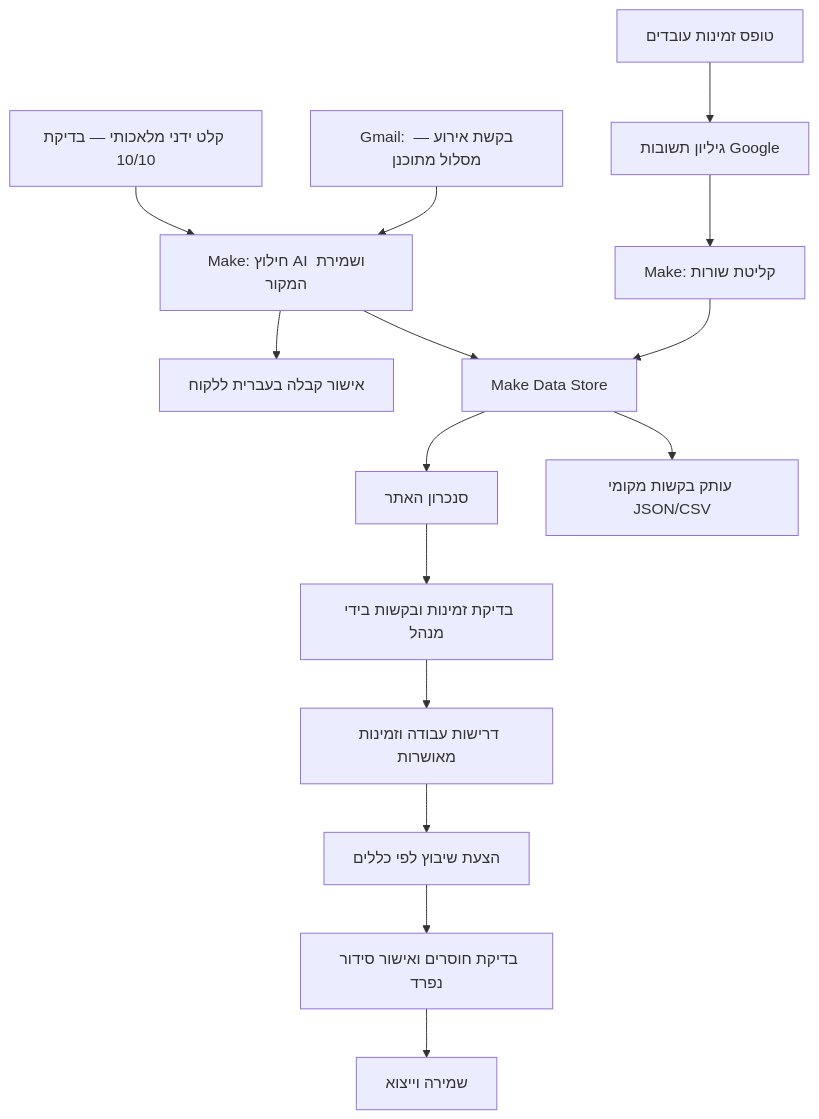
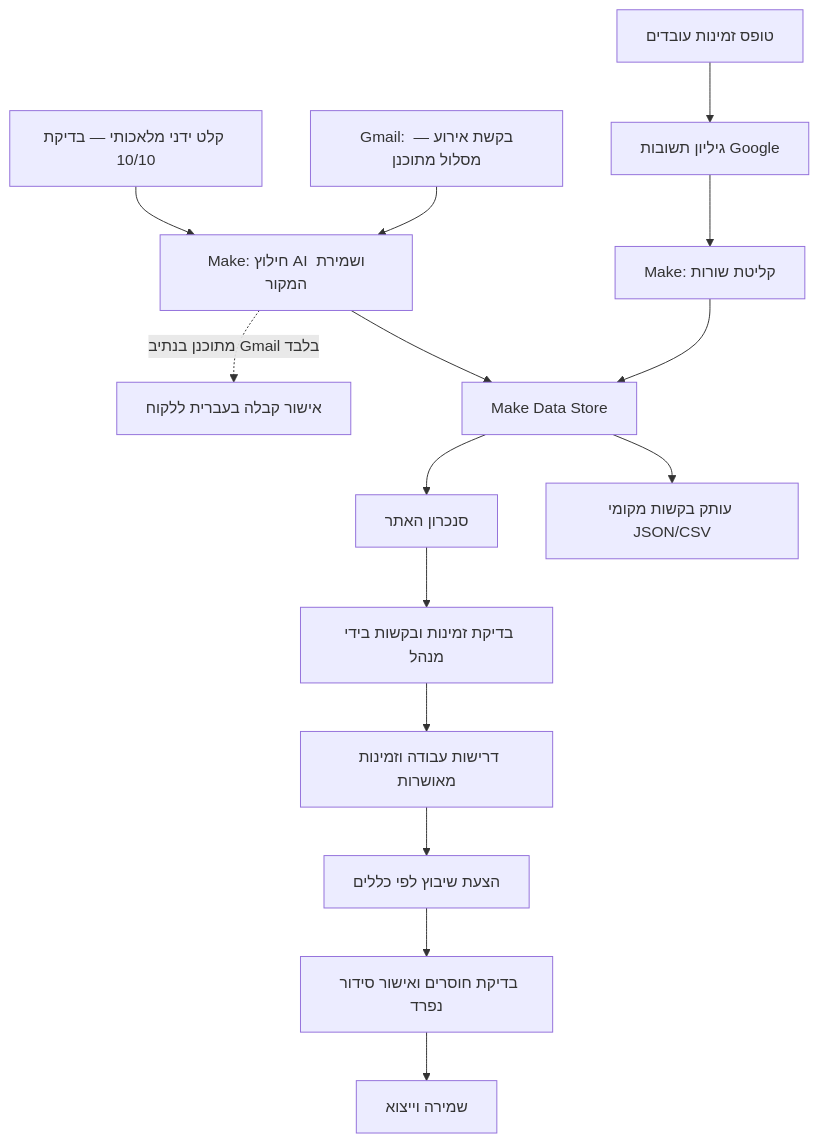
One commit to mbdarneh440-ops/amiro-green-final-project changed the diagram in מוחמד בדארנה - אמירו גרין - מסמך פרויקט.md. Above: the diagram before and after it, drawn with Mermaid. The commit also changed other lines of this file and 21 other files, not shown here.

````diff
--- a/מוחמד בדארנה - אמירו גרין - מסמך פרויקט.md
+++ b/מוחמד בדארנה - אמירו גרין - מסמך פרויקט.md
@@ -40,17 +40,17 @@
 ```mermaid
 flowchart TD
     F["טופס זמינות עובדים"] --> S["גיליון תשובות Google"]
     S --> M["Make: קליטת שורות"]
     E["Gmail: בקשת אירוע — מסלול מתוכנן"] --> A["Make: חילוץ AI ושמירת המקור"]
     T["קלט ידני מלאכותי — בדיקת 10/10"] --> A
-    A --> R["אישור קבלה בעברית ללקוח"]
+    A -. "מתוכנן בנתיב Gmail בלבד" .-> R["אישור קבלה בעברית ללקוח"]
     M --> D["Make Data Store"]
     A --> D
     D --> W["סנכרון האתר"]
     W --> H["בדיקת זמינות ובקשות בידי מנהל"]
     H --> Q["דרישות עבודה וזמינות מאושרות"]
     Q --> G["הצעת שיבוץ לפי כללים"]
     G --> P["בדיקת חוסרים ואישור סידור נפרד"]
     P --> X["שמירה וייצוא"]
     D --> C["עותק בקשות מקומי JSON/CSV"]
 ```
````
